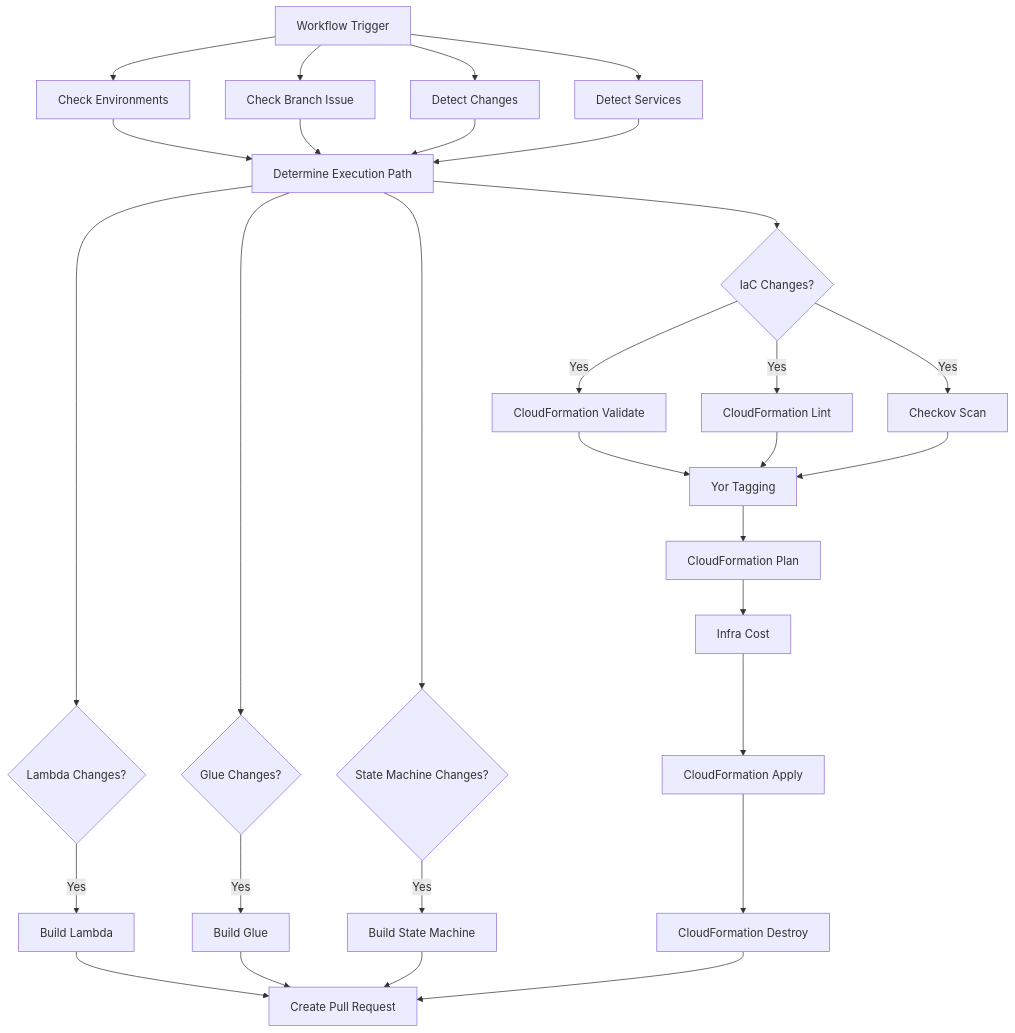
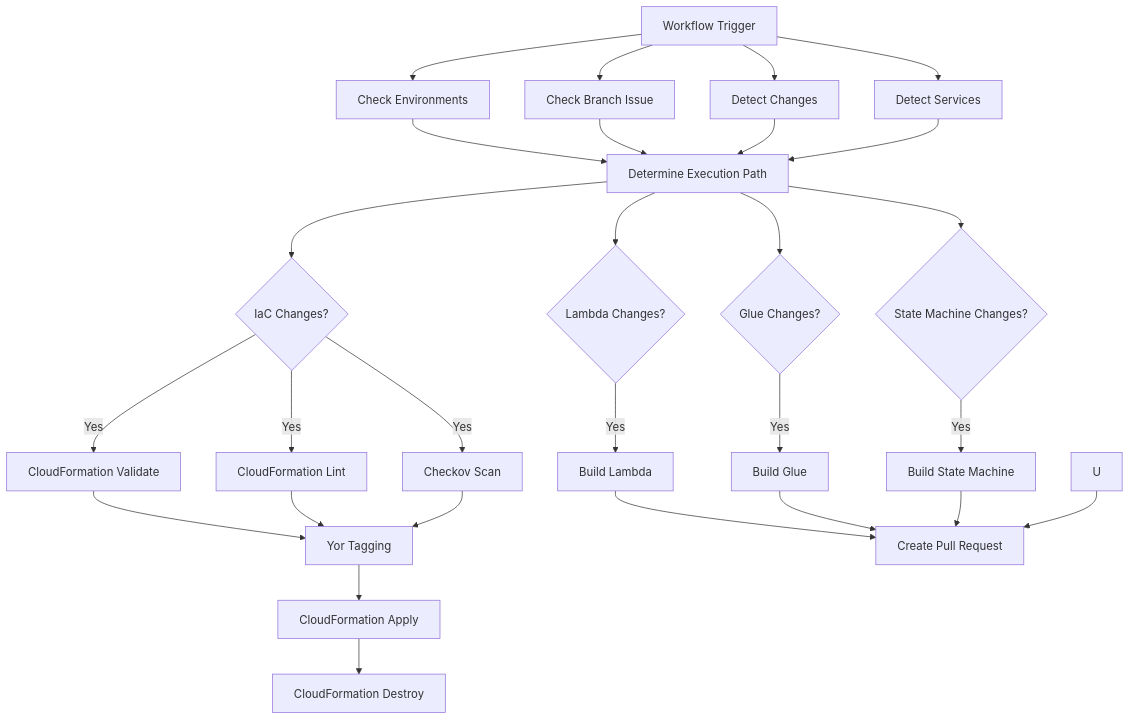
Before and after one commit to subhamay-bhattacharyya-gha/cfn-ci-reusable-wf: the diagram in .kiro/specs/cloudformation-ci-workflow/design.md, drawn with Mermaid. The commit also changed other lines of this file and 4 other files, not shown here.

````diff
--- a/.kiro/specs/cloudformation-ci-workflow/design.md
+++ b/.kiro/specs/cloudformation-ci-workflow/design.md
@@ -45,40 +45,38 @@
 ```mermaid
 graph TD
     A[Workflow Trigger] --> B[Check Environments]
     A --> C[Check Branch Issue]
     A --> D[Detect Changes]
     A --> E[Detect Services]
     
     B --> F[Determine Execution Path]
     C --> F
     D --> F
     E --> F
     
     F --> G{IaC Changes?}
     G -->|Yes| H[CloudFormation Validate]
     G -->|Yes| I[CloudFormation Lint]
     G -->|Yes| J[Checkov Scan]
     
     F --> K{Lambda Changes?}
     K -->|Yes| L[Build Lambda]
     
     F --> M{Glue Changes?}
     M -->|Yes| N[Build Glue]
     
     F --> O{State Machine Changes?}
     O -->|Yes| P[Build State Machine]
     
     H --> Q[Yor Tagging]
     I --> Q
     J --> Q
     
-    Q --> R[CloudFormation Plan]
-    R --> S[Infra Cost]
-    S --> T[CloudFormation Apply]
-    T --> U[CloudFormation Destroy]
+    Q --> R[CloudFormation Apply]
+    R --> S[CloudFormation Destroy]
     
     L --> V[Create Pull Request]
     N --> V
     P --> V
     U --> V
 ```
````
